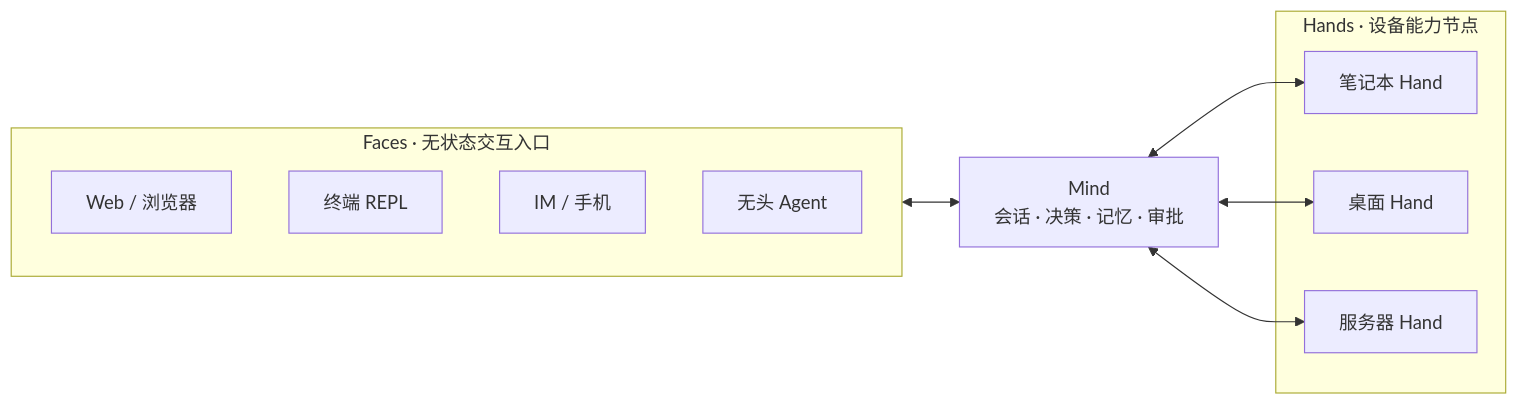
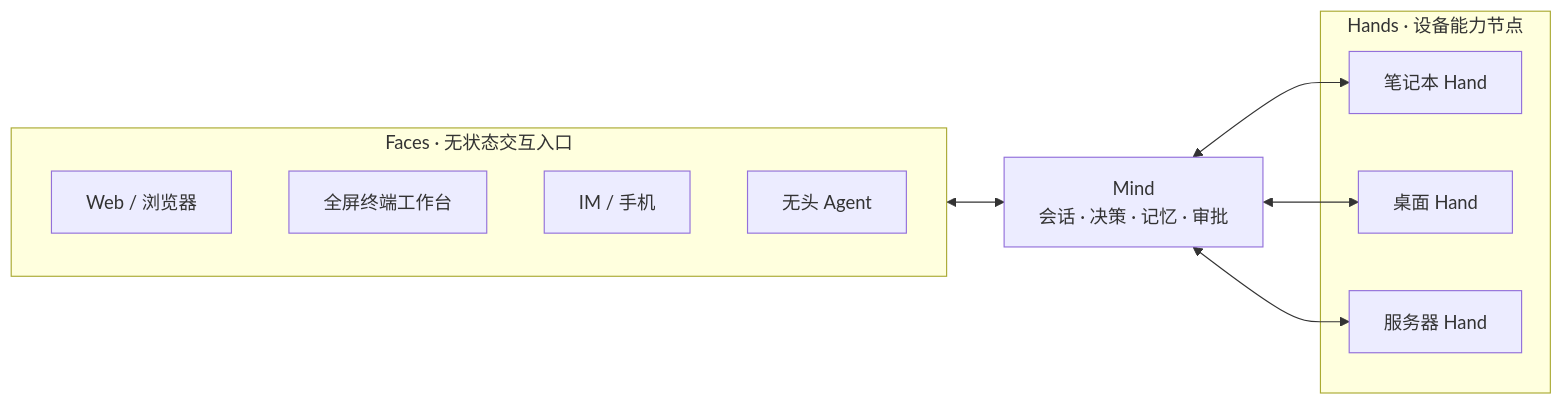
The diagram in README.md (Sheyiyuan/half-pi), drawn with Mermaid before and after one commit. The commit also changed other lines of this file and 4 other files, not shown here.

````diff
--- a/README.md
+++ b/README.md
@@ -160,22 +160,22 @@
 ```mermaid
 flowchart LR
     subgraph Faces["Faces · 无状态交互入口"]
         Web["Web / 浏览器"]
-        TUI["终端 REPL"]
+        TUI["全屏终端工作台"]
         IM["IM / 手机"]
         Agent["无头 Agent"]
     end
 
     Mind["Mind\n会话 · 决策 · 记忆 · 审批"]
 
     subgraph Hands["Hands · 设备能力节点"]
         Laptop["笔记本 Hand"]
         Desktop["桌面 Hand"]
         Server["服务器 Hand"]
     end
 
     Faces <--> Mind
     Mind <--> Laptop
     Mind <--> Desktop
     Mind <--> Server
 ```
````
